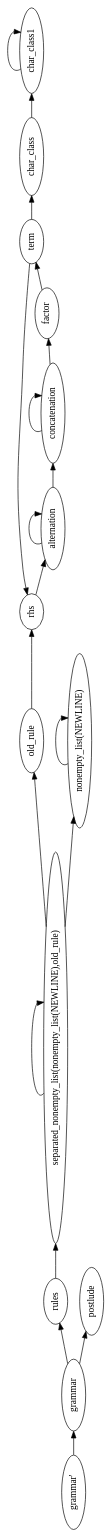
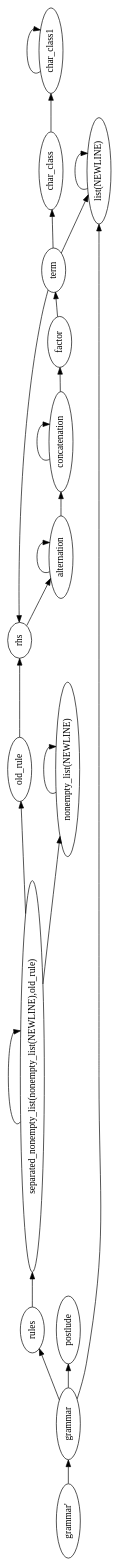
One commit to meta-introspector/gbnf-nice-parser changed the diagram in lib/sentenceParser.dot. Above: the diagram before and after it, drawn with Graphviz. The commit also changed 6 other files, not shown here.

```diff
--- a/lib/sentenceParser.dot
+++ b/lib/sentenceParser.dot
@@ -1,39 +1,43 @@
 digraph G {
 orientation = landscape;
 rankdir = LR;
 ratio = compress;
 nt0 [ label="grammar'" ] ;
 nt1 [ label="term" ] ;
 nt2 [ label="separated_nonempty_list(nonempty_list(NEWLINE),old_rule)" ] ;
 nt3 [ label="rules" ] ;
 nt4 [ label="rhs" ] ;
 nt5 [ label="postlude" ] ;
 nt6 [ label="old_rule" ] ;
 nt7 [ label="nonempty_list(NEWLINE)" ] ;
-nt8 [ label="grammar" ] ;
-nt9 [ label="factor" ] ;
-nt10 [ label="concatenation" ] ;
-nt11 [ label="char_class1" ] ;
-nt12 [ label="char_class" ] ;
-nt13 [ label="alternation" ] ;
-nt0 -> nt8 [ label="" ] ;
+nt8 [ label="list(NEWLINE)" ] ;
+nt9 [ label="grammar" ] ;
+nt10 [ label="factor" ] ;
+nt11 [ label="concatenation" ] ;
+nt12 [ label="char_class1" ] ;
+nt13 [ label="char_class" ] ;
+nt14 [ label="alternation" ] ;
+nt0 -> nt9 [ label="" ] ;
 nt1 -> nt4 [ label="" ] ;
-nt1 -> nt12 [ label="" ] ;
+nt1 -> nt8 [ label="" ] ;
+nt1 -> nt13 [ label="" ] ;
 nt2 -> nt2 [ label="" ] ;
 nt2 -> nt6 [ label="" ] ;
 nt2 -> nt7 [ label="" ] ;
 nt3 -> nt2 [ label="" ] ;
-nt4 -> nt13 [ label="" ] ;
+nt4 -> nt14 [ label="" ] ;
 nt6 -> nt4 [ label="" ] ;
 nt7 -> nt7 [ label="" ] ;
-nt8 -> nt3 [ label="" ] ;
-nt8 -> nt5 [ label="" ] ;
-nt9 -> nt1 [ label="" ] ;
-nt10 -> nt9 [ label="" ] ;
-nt10 -> nt10 [ label="" ] ;
+nt8 -> nt8 [ label="" ] ;
+nt9 -> nt3 [ label="" ] ;
+nt9 -> nt5 [ label="" ] ;
+nt9 -> nt8 [ label="" ] ;
+nt10 -> nt1 [ label="" ] ;
+nt11 -> nt10 [ label="" ] ;
 nt11 -> nt11 [ label="" ] ;
-nt12 -> nt11 [ label="" ] ;
-nt13 -> nt10 [ label="" ] ;
-nt13 -> nt13 [ label="" ] ;
+nt12 -> nt12 [ label="" ] ;
+nt13 -> nt12 [ label="" ] ;
+nt14 -> nt11 [ label="" ] ;
+nt14 -> nt14 [ label="" ] ;
 
 }
```
